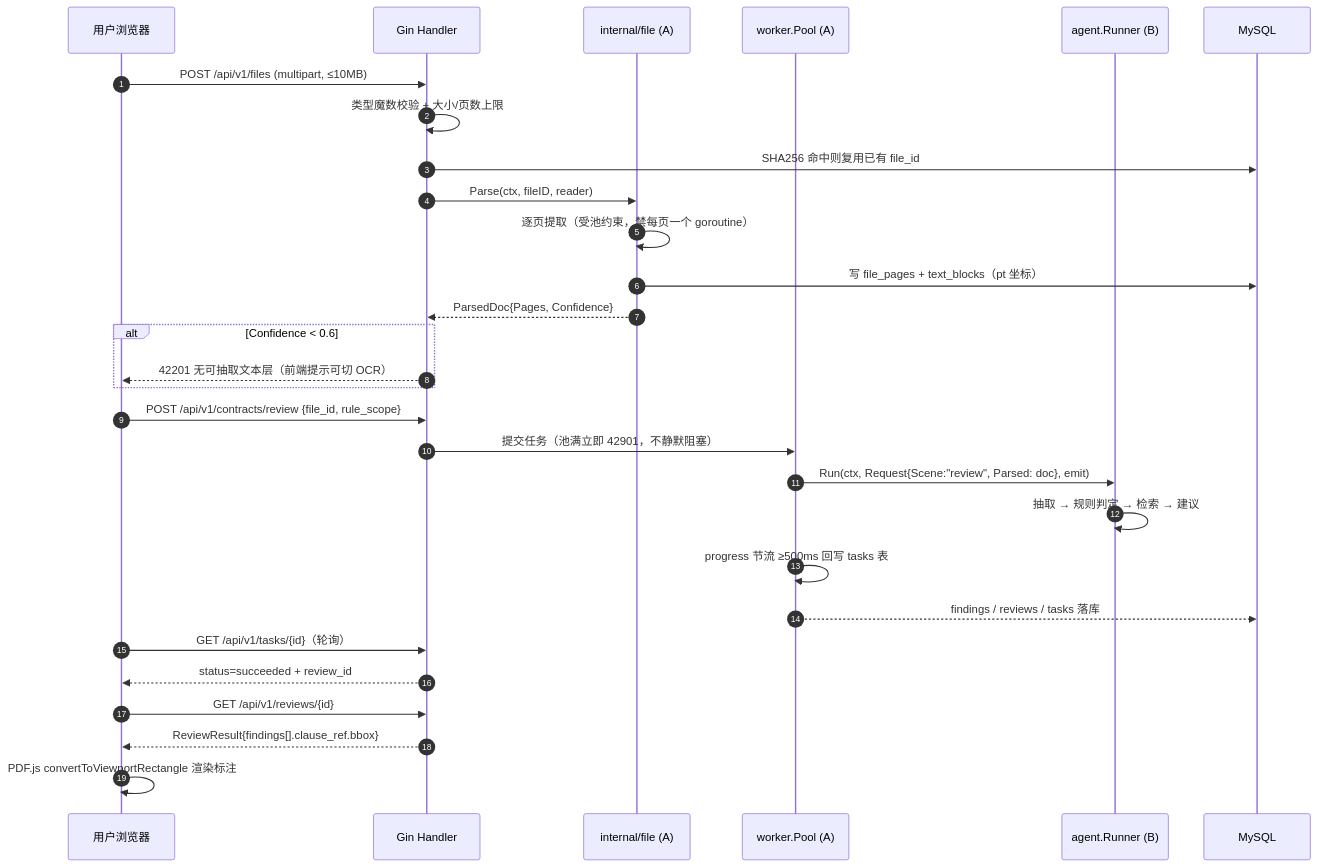
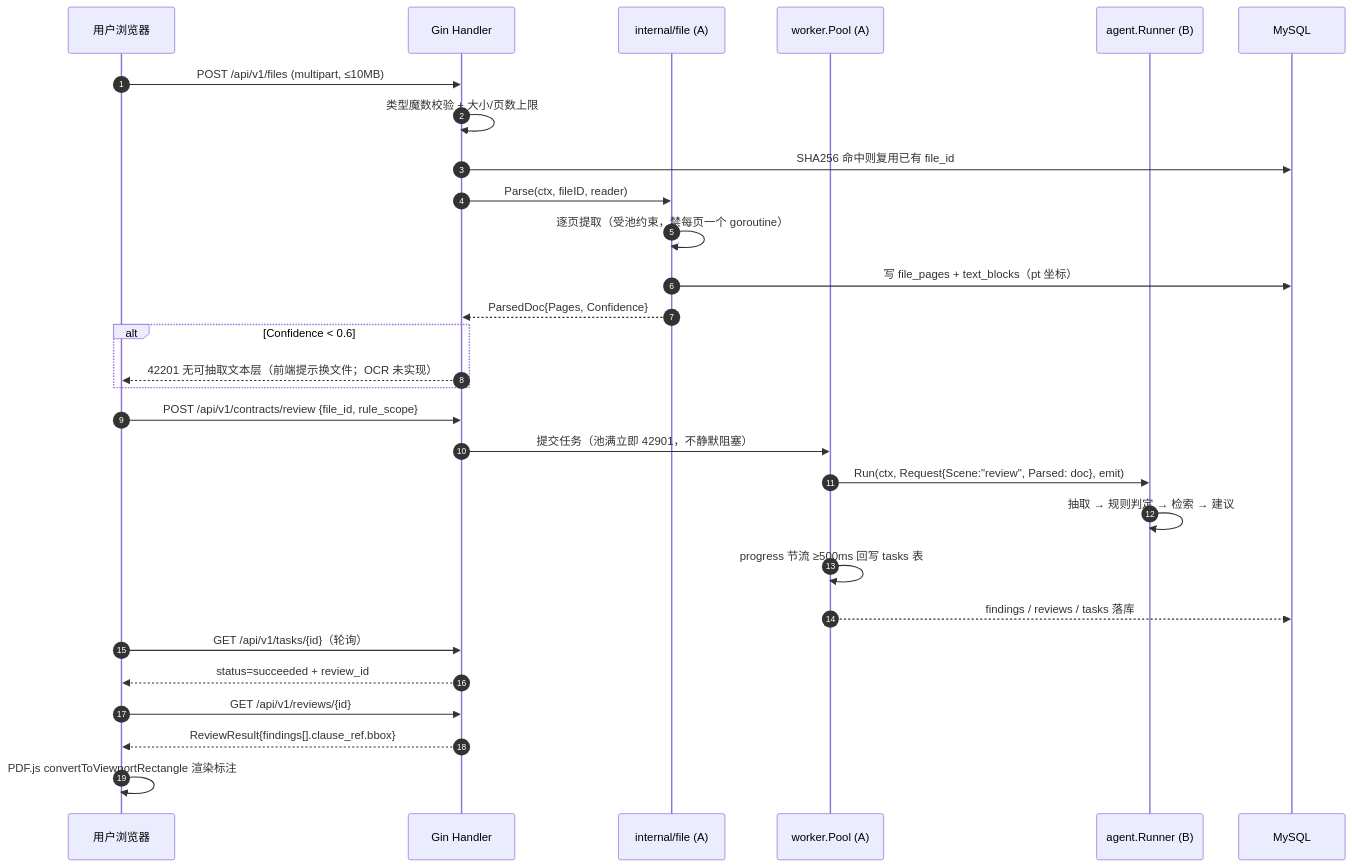
The third of 4 diagrams in docs/项目大纲与技术选型.md (0623som7/Labor-Law-AI-Advisory-System), drawn with Mermaid before and after one commit. The commit also changed other lines of this file and 3 other files, not shown here.

````diff
--- a/docs/项目大纲与技术选型.md
+++ b/docs/项目大纲与技术选型.md
@@ -258,32 +259,32 @@
 ```mermaid
 sequenceDiagram
     autonumber
     participant U as 用户浏览器
     participant A as Gin Handler
     participant F as internal/file (A)
     participant W as worker.Pool (A)
     participant R as agent.Runner (B)
     participant DB as MySQL
 
     U->>A: POST /api/v1/files (multipart, ≤10MB)
     A->>A: 类型魔数校验 + 大小/页数上限
     A->>DB: SHA256 命中则复用已有 file_id
     A->>F: Parse(ctx, fileID, reader)
     F->>F: 逐页提取（受池约束，禁每页一个 goroutine）
     F->>DB: 写 file_pages + text_blocks（pt 坐标）
     F-->>A: ParsedDoc{Pages, Confidence}
     alt Confidence < 0.6
-        A-->>U: 42201 无可抽取文本层（前端提示可切 OCR）
+        A-->>U: 42201 无可抽取文本层（前端提示换文件；OCR 未实现）
     end
     U->>A: POST /api/v1/contracts/review {file_id, rule_scope}
     A->>W: 提交任务（池满立即 42901，不静默阻塞）
     W->>R: Run(ctx, Request{Scene:"review", Parsed: doc}, emit)
     R->>R: 抽取 → 规则判定 → 检索 → 建议
     W->>W: progress 节流 ≥500ms 回写 tasks 表
     W-->>DB: findings / reviews / tasks 落库
     U->>A: GET /api/v1/tasks/{id}（轮询）
     A-->>U: status=succeeded + review_id
     U->>A: GET /api/v1/reviews/{id}
     A-->>U: ReviewResult{findings[].clause_ref.bbox}
     U->>U: PDF.js convertToViewportRectangle 渲染标注
 ```
````
